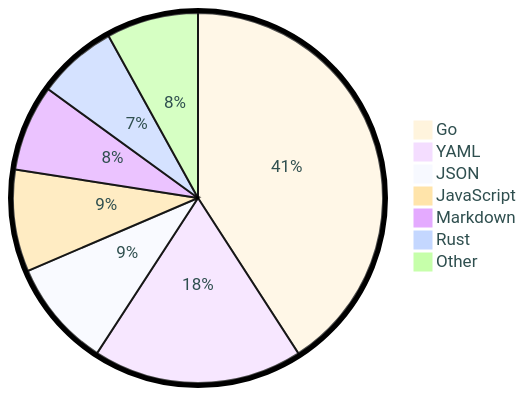
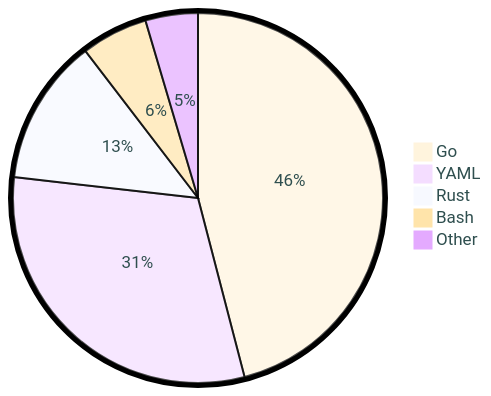
One commit to tot0p/tot0p changed the diagram in README.md. Above: the diagram before and after it, drawn with Mermaid. The commit also changed other lines of this file, not shown here.

````diff
--- a/README.md
+++ b/README.md
@@ -132,11 +129,9 @@
 ```mermaid
 %%{init: {"pie": {"textPosition": 0.5}, "themeVariables": {"pieOuterStrokeWidth": "5px","primaryTextColor" : "#2F4F4F"},"theme":"base"} }%%
 pie
-	"Go": 40.88
-	"YAML": 18.31
-	"JSON": 9.38
-	"JavaScript": 8.91
-	"Markdown": 7.54
-	"Rust": 6.97
-	"Other": 8.03
+	"Go": 45.94
+	"YAML": 30.85
+	"Rust": 12.79
+	"Bash": 5.82
+	"Other": 4.58
 ```
````
